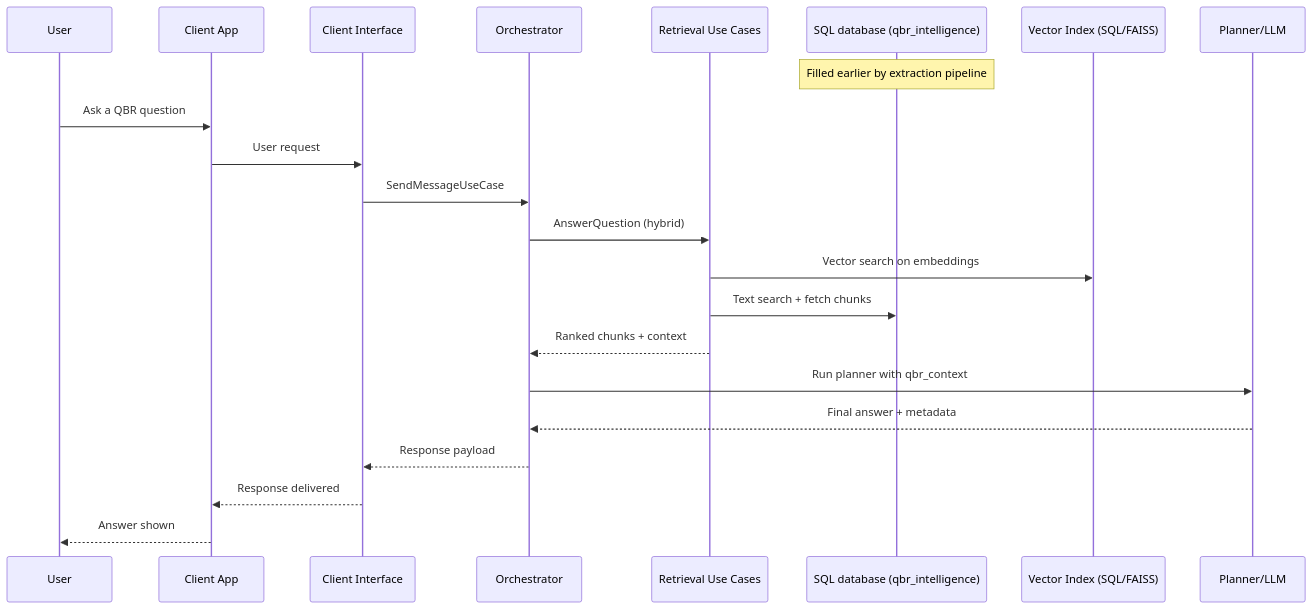
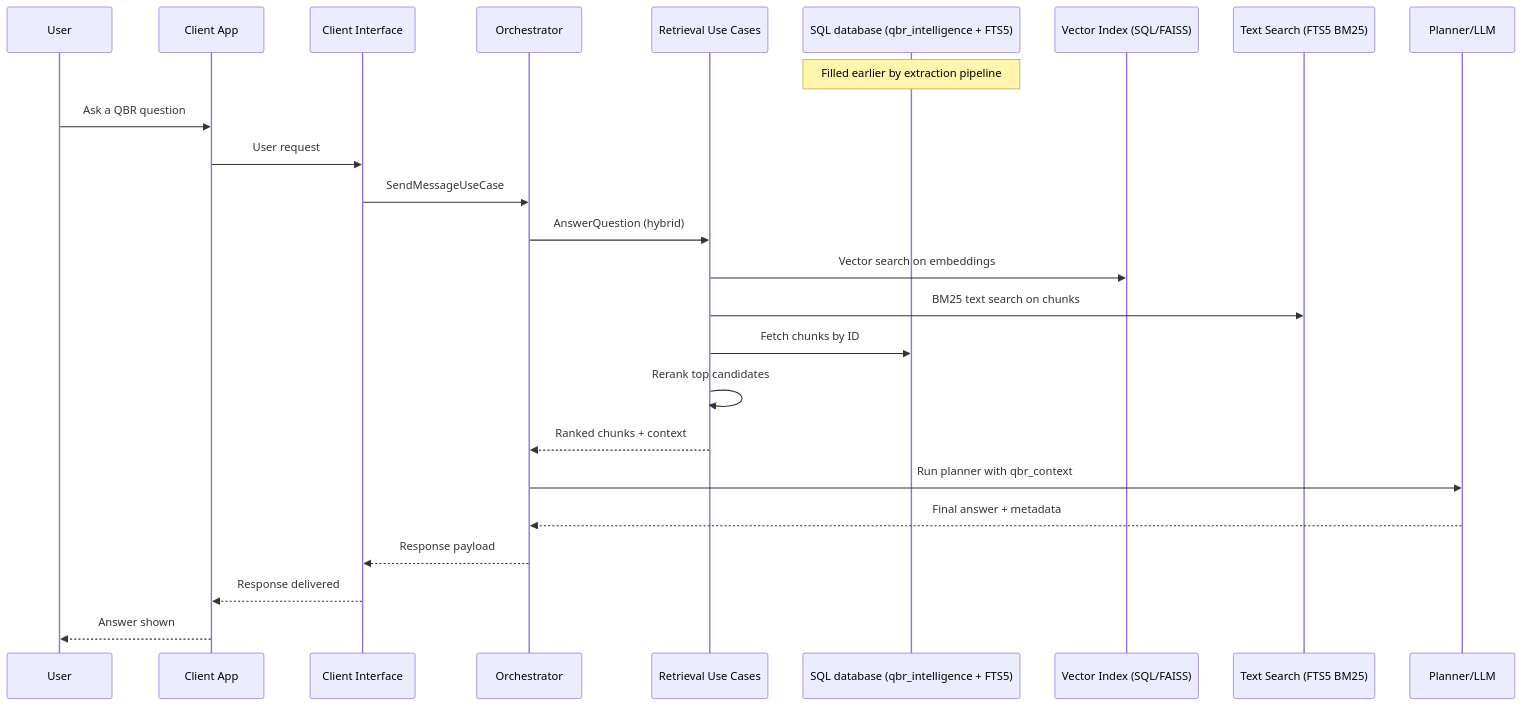
One commit to bjaimelgads/ai-agent-qbr changed the third of 3 diagrams in docs/architecture_workflows.md. Above: the diagram before and after it, drawn with Mermaid. The commit also changed other lines of this file and 18 other files, not shown here.

````diff
--- a/docs/architecture_workflows.md
+++ b/docs/architecture_workflows.md
@@ -84,26 +87,29 @@
 ```mermaid
 sequenceDiagram
   participant U as User
   participant C as Client App
   participant IF as Client Interface
   participant OR as Orchestrator
   participant UC as Retrieval Use Cases
-  participant DB as SQL database (qbr_intelligence)
+  participant DB as SQL database (qbr_intelligence + FTS5)
   participant VI as Vector Index (SQL/FAISS)
+  participant TS as Text Search (FTS5 BM25)
   participant PL as Planner/LLM
 
   Note over DB: Filled earlier by extraction pipeline
 
   U->>C: Ask a QBR question
   C->>IF: User request
   IF->>OR: SendMessageUseCase
   OR->>UC: AnswerQuestion (hybrid)
   UC->>VI: Vector search on embeddings
-  UC->>DB: Text search + fetch chunks
+  UC->>TS: BM25 text search on chunks
+  UC->>DB: Fetch chunks by ID
+  UC->>UC: Rerank top candidates
   UC-->>OR: Ranked chunks + context
   OR->>PL: Run planner with qbr_context
   PL-->>OR: Final answer + metadata
   OR-->>IF: Response payload
   IF-->>C: Response delivered
   C-->>U: Answer shown
 ```
````
